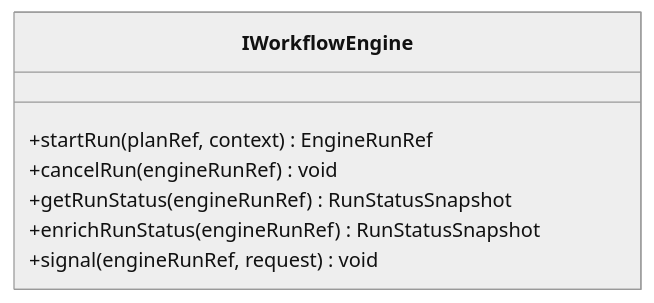
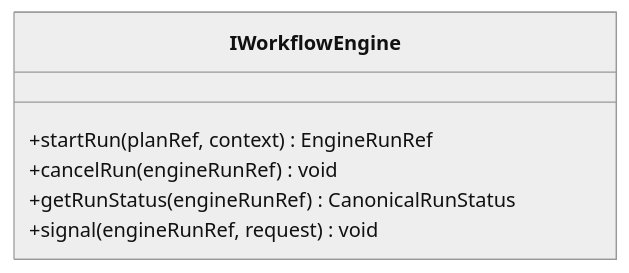
One commit to dunay2/dvt changed the fifth of 8 diagrams in docs/planning/execution-model/dvt-execution-model.md. Above: the diagram before and after it, drawn with Mermaid (neutral theme). The commit also changed other lines of this file and 25 other files, not shown here.

Commit message:
refactor(contracts): Split canonical status from provider diagnostics

````diff
--- a/docs/planning/execution-model/dvt-execution-model.md
+++ b/docs/planning/execution-model/dvt-execution-model.md
@@ -235,10 +236,9 @@
 ```mermaid
 classDiagram
     class IWorkflowEngine {
       +startRun(planRef, context) EngineRunRef
       +cancelRun(engineRunRef) void
-      +getRunStatus(engineRunRef) RunStatusSnapshot
-      +enrichRunStatus(engineRunRef) RunStatusSnapshot
+      +getRunStatus(engineRunRef) CanonicalRunStatus
       +signal(engineRunRef, request) void
     }
 ```
````
